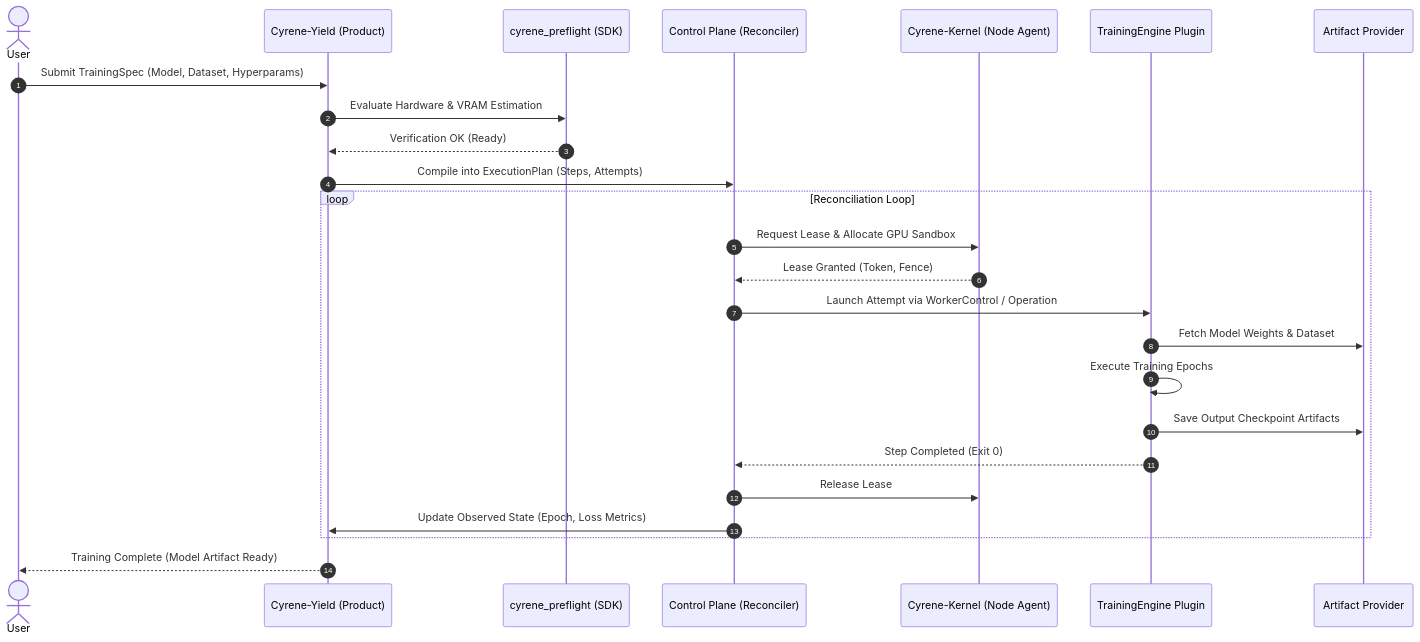
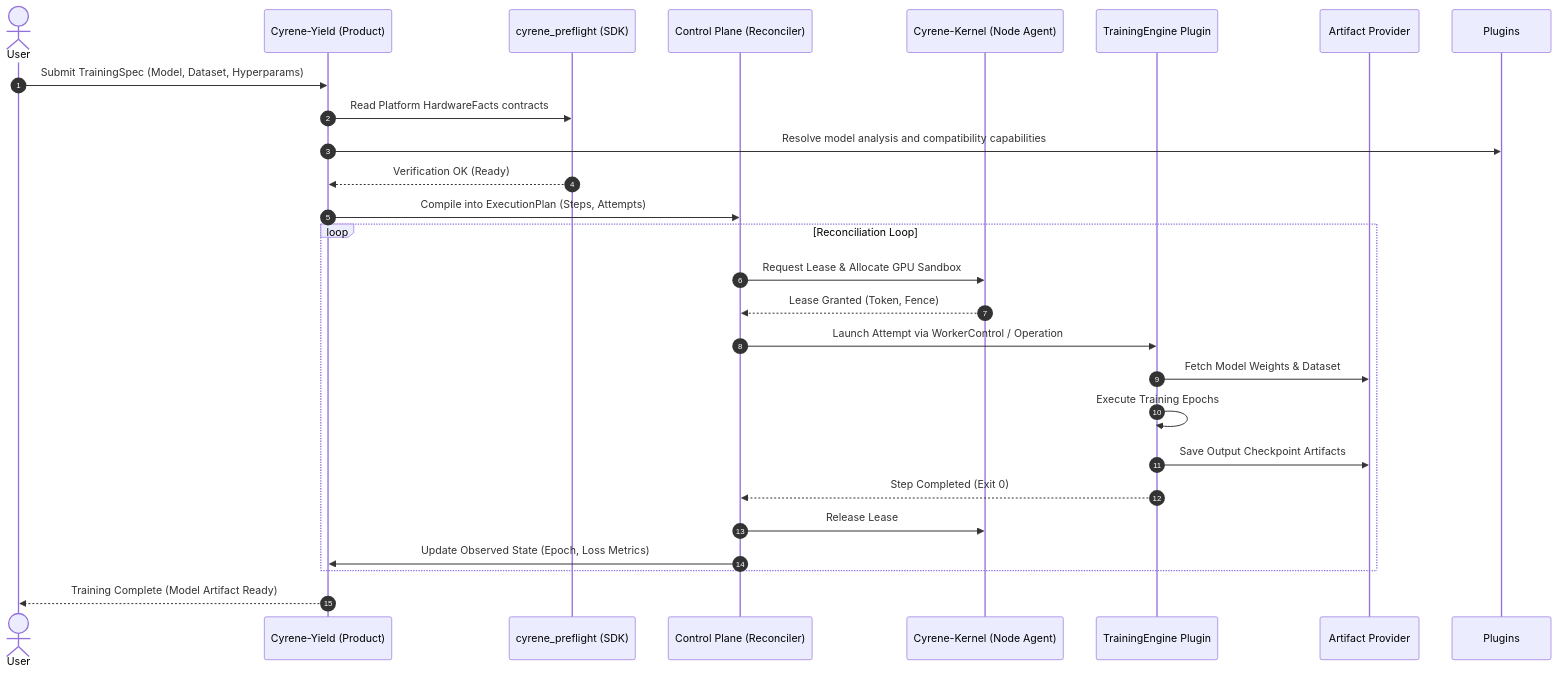
Before and after one commit to DoHorizon-AI/Cyrene-Platform: the diagram in docs/flows/training-end-to-end.md, drawn with Mermaid. The commit also changed 170 other files, not shown here.

````diff
--- a/docs/flows/training-end-to-end.md
+++ b/docs/flows/training-end-to-end.md
@@ -9,28 +9,29 @@
 ```mermaid
 sequenceDiagram
     autonumber
     actor User
     participant Yield as Cyrene-Yield (Product)
     participant Preflight as cyrene_preflight (SDK)
     participant Control as Control Plane (Reconciler)
     participant Kernel as Cyrene-Kernel (Node Agent)
     participant Engine as TrainingEngine Plugin
     participant Artifacts as Artifact Provider
 
     User->>Yield: Submit TrainingSpec (Model, Dataset, Hyperparams)
-    Yield->>Preflight: Evaluate Hardware & VRAM Estimation
+    Yield->>Preflight: Read Platform HardwareFacts contracts
+    Yield->>Plugins: Resolve model analysis and compatibility capabilities
     Preflight-->>Yield: Verification OK (Ready)
     Yield->>Control: Compile into ExecutionPlan (Steps, Attempts)
     loop Reconciliation Loop
         Control->>Kernel: Request Lease & Allocate GPU Sandbox
         Kernel-->>Control: Lease Granted (Token, Fence)
         Control->>Engine: Launch Attempt via WorkerControl / Operation
         Engine->>Artifacts: Fetch Model Weights & Dataset
         Engine->>Engine: Execute Training Epochs
         Engine->>Artifacts: Save Output Checkpoint Artifacts
         Engine-->>Control: Step Completed (Exit 0)
         Control->>Kernel: Release Lease
         Control->>Yield: Update Observed State (Epoch, Loss Metrics)
     end
     Yield-->>User: Training Complete (Model Artifact Ready)
 ```
````
